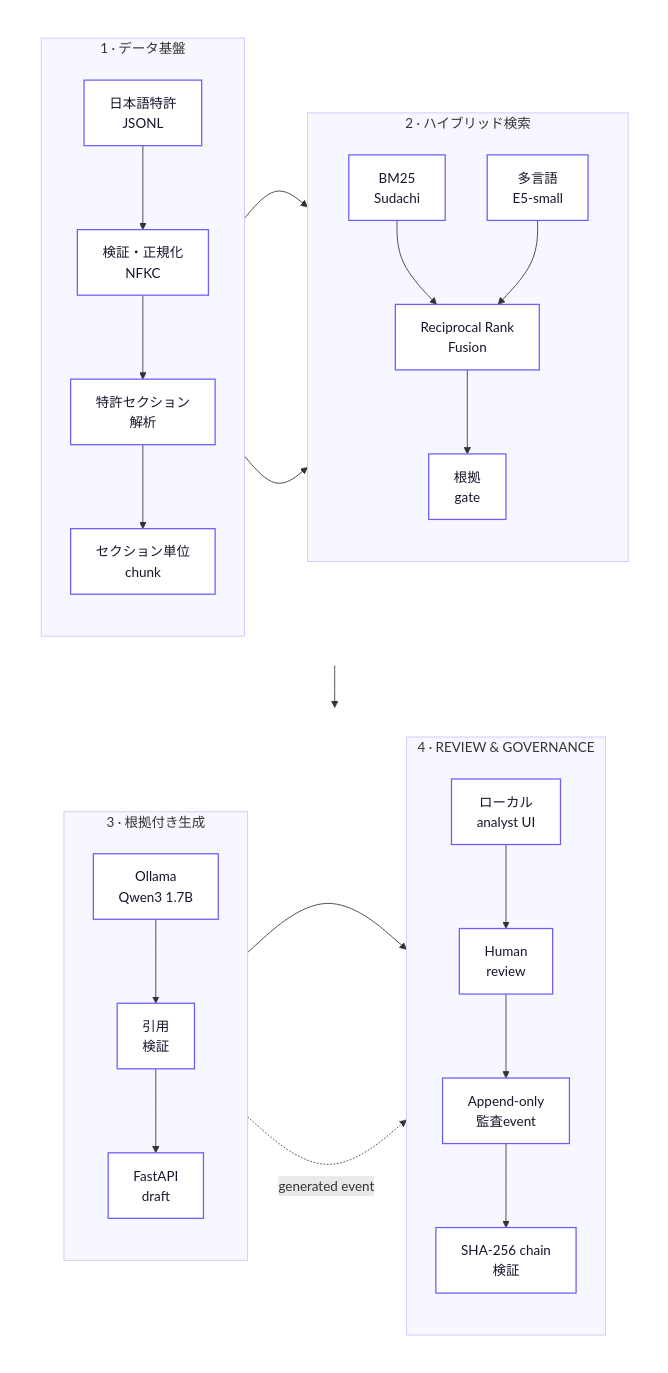
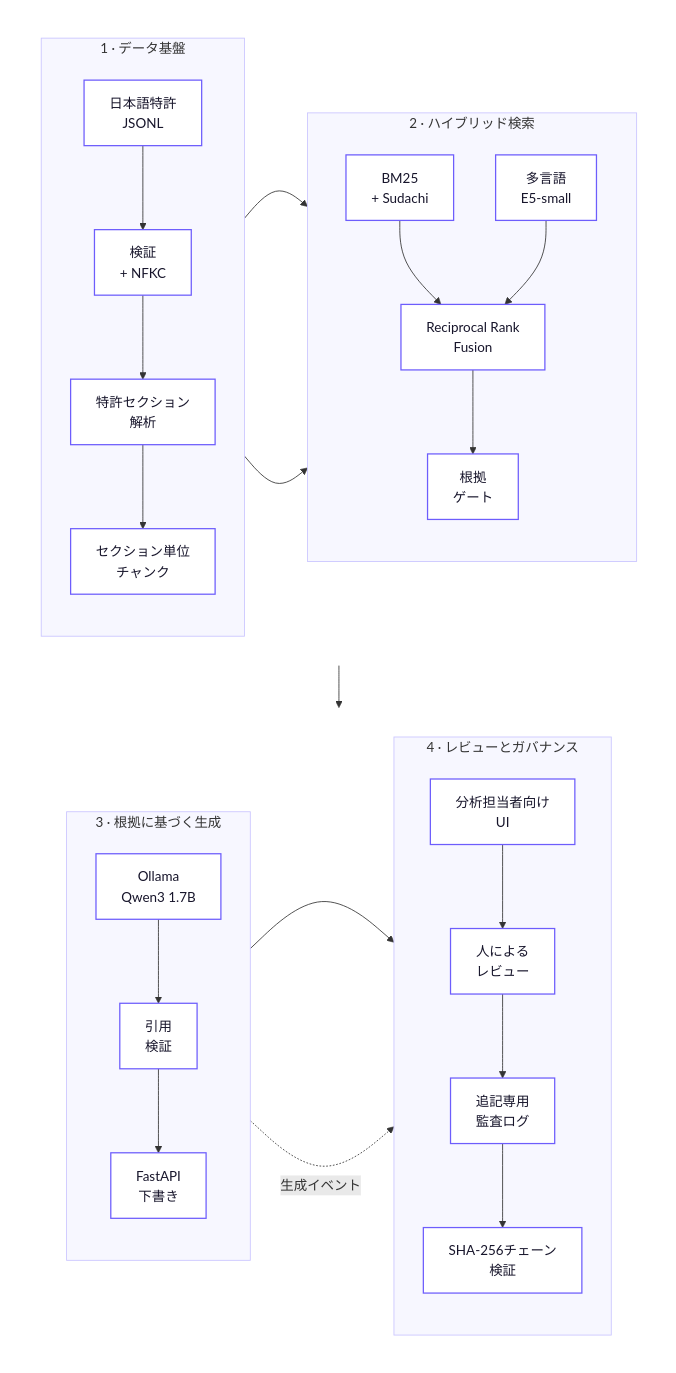
Before and after one commit to Lee2379/jp-patent-intelligence-rag: the diagram in README_ja.md, drawn with Mermaid. The commit also changed other lines of this file, not shown here.

````diff
--- a/README_ja.md
+++ b/README_ja.md
@@ -48,49 +111,49 @@
 ```mermaid
 flowchart TB
     subgraph ROW1[" "]
         direction LR
         subgraph DATA["1 · データ基盤"]
             direction TB
-            A["日本語特許<br/>JSONL"] --> B["検証・正規化<br/>NFKC"]
+            A["日本語特許<br/>JSONL"] --> B["検証<br/>+ NFKC"]
             B --> C["特許セクション<br/>解析"]
-            C --> D["セクション単位<br/>chunk"]
+            C --> D["セクション単位<br/>チャンク"]
         end
 
         subgraph SEARCH["2 · ハイブリッド検索"]
             direction TB
-            E["BM25<br/>Sudachi"] --> G["Reciprocal Rank<br/>Fusion"]
+            E["BM25<br/>+ Sudachi"] --> G["Reciprocal Rank<br/>Fusion"]
             F["多言語<br/>E5-small"] --> G
-            G --> H["根拠<br/>gate"]
+            G --> H["根拠<br/>ゲート"]
         end
     end
 
     subgraph ROW2[" "]
         direction LR
-        subgraph GENERATE["3 · 根拠付き生成"]
+        subgraph GENERATE["3 · 根拠に基づく生成"]
             direction TB
             I["Ollama<br/>Qwen3 1.7B"] --> J["引用<br/>検証"]
-            J --> K["FastAPI<br/>draft"]
+            J --> K["FastAPI<br/>下書き"]
         end
 
-        subgraph GOVERN["4 · REVIEW & GOVERNANCE"]
+        subgraph GOVERN["4 · レビューとガバナンス"]
             direction TB
-            U["ローカル<br/>analyst UI"] --> R["Human<br/>review"]
-            R --> L["Append-only<br/>監査event"]
-            L --> Z["SHA-256 chain<br/>検証"]
+            L["分析担当者向け<br/>UI"] --> M["人による<br/>レビュー"]
+            M --> N["追記専用<br/>監査ログ"]
+            N --> O["SHA-256チェーン<br/>検証"]
         end
     end
 
     D --> E
     D --> F
     H --> I
-    K --> U
-    K -. generated event .-> L
+    K --> L
+    K -. 生成イベント .-> N
 
     classDef default fill:#ffffff,stroke:#6d5dfc,stroke-width:1.5px,color:#17152b,font-size:16px;
     style DATA fill:#f7f7ff,stroke:#c9c4ff,stroke-width:1px
     style SEARCH fill:#f7f7ff,stroke:#c9c4ff,stroke-width:1px
     style GENERATE fill:#f7f7ff,stroke:#c9c4ff,stroke-width:1px
     style GOVERN fill:#f7f7ff,stroke:#c9c4ff,stroke-width:1px
     style ROW1 fill:transparent,stroke:transparent
     style ROW2 fill:transparent,stroke:transparent
 ```
````
